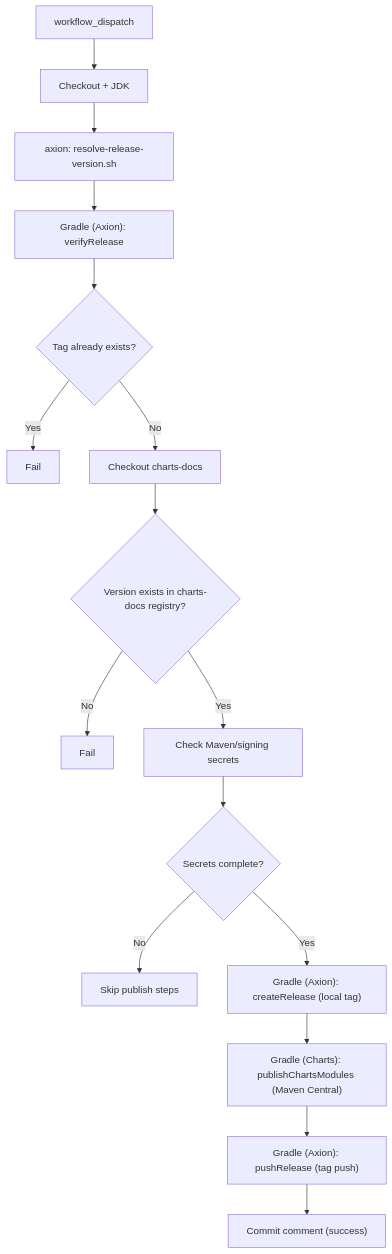
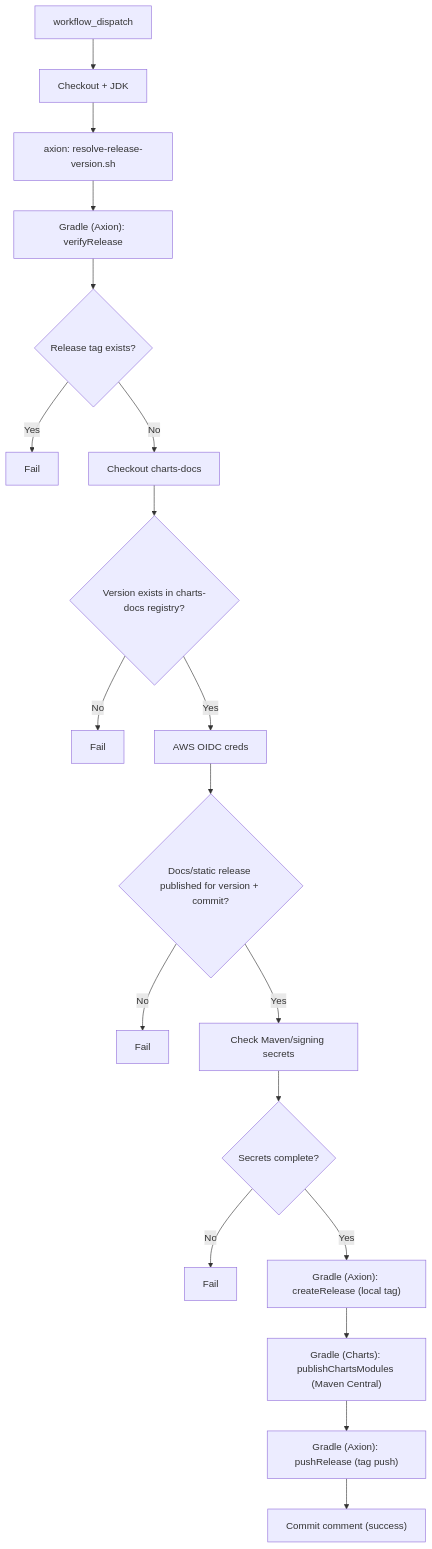
One commit to HDCharts/charts changed the diagram in docs/release/charts-release.md. Above: the diagram before and after it, drawn with Mermaid. The commit also changed other lines of this file and 26 other files, not shown here.

````diff
--- a/docs/release/charts-release.md
+++ b/docs/release/charts-release.md
@@ -5,18 +5,21 @@
 ```mermaid
 flowchart TD
   A["workflow_dispatch"] --> B["Checkout + JDK"]
   B --> C["axion: resolve-release-version.sh"]
   C --> E["Gradle (Axion): verifyRelease"]
-  E --> F{"Tag already exists?"}
+  E --> F{"Release tag exists?"}
   F -- Yes --> FX["Fail"]
   F -- No --> G["Checkout charts-docs"]
   G --> H{"Version exists in charts-docs registry?"}
   H -- No --> HX["Fail"]
-  H -- Yes --> I["Check Maven/signing secrets"]
-  I --> J{"Secrets complete?"}
-  J -- No --> JX["Skip publish steps"]
-  J -- Yes --> K["Gradle (Axion): createRelease (local tag)"]
-  K --> L["Gradle (Charts): publishChartsModules (Maven Central)"]
-  L --> M["Gradle (Axion): pushRelease (tag push)"]
-  M --> N["Commit comment (success)"]
+  H -- Yes --> I["AWS OIDC creds"]
+  I --> J{"Docs/static release published for version + commit?"}
+  J -- No --> JX["Fail"]
+  J -- Yes --> K["Check Maven/signing secrets"]
+  K --> L{"Secrets complete?"}
+  L -- No --> LX["Fail"]
+  L -- Yes --> M["Gradle (Axion): createRelease (local tag)"]
+  M --> N["Gradle (Charts): publishChartsModules (Maven Central)"]
+  N --> O["Gradle (Axion): pushRelease (tag push)"]
+  O --> P["Commit comment (success)"]
 ```
````
